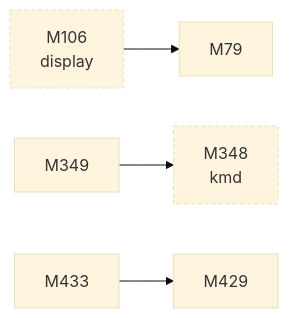
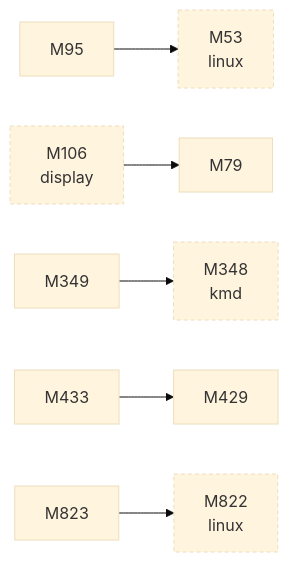
One commit to D-Ogi/amdgpu-wddm changed the third of 3 diagrams in docs/facts/graphs/hardware.md. Above: the diagram before and after it, drawn with Mermaid (base theme). The commit also changed other lines of this file and 83 other files, not shown here.

````diff
--- a/docs/facts/graphs/hardware.md
+++ b/docs/facts/graphs/hardware.md
@@ -186,14 +188,20 @@
 ```mermaid
 flowchart LR
+  M53["M53<br/>linux"]
   M79["M79"]
+  M95["M95"]
   M106["M106<br/>display"]
   M348["M348<br/>kmd"]
   M349["M349"]
   M429["M429"]
   M433["M433"]
+  M822["M822<br/>linux"]
+  M823["M823"]
+  M95 --> M53
   M349 --> M348
   M433 --> M429
+  M823 --> M822
   M106 --> M79
   classDef other stroke-dasharray:4 3
-  class M106,M348 other
+  class M53,M106,M348,M822 other
 ```
````
